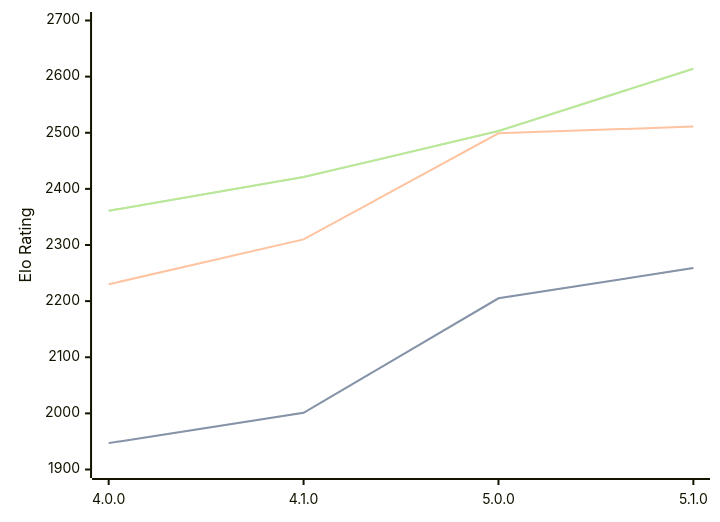
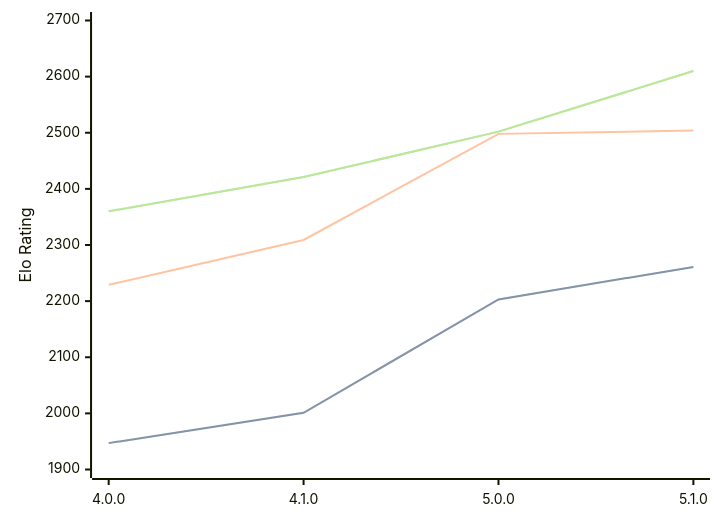
One commit to computer-chess-index/cci changed the diagram in engines/Aconcagua.md. Above: the diagram before and after it, drawn with Mermaid. The commit also changed other lines of this file, not shown here.

Commit message:
Update CCI Ratings (ELO VLTC) - 2026-03-08

````diff
--- a/engines/Aconcagua.md
+++ b/engines/Aconcagua.md
@@ -41,11 +41,11 @@
 ```mermaid
 %%{init: {"theme":"base","themeVariables":{"seriesColors:['#a3a3a3','#222221','#faa371']}}}%%
 xychart-beta
   x-axis ["4.0.0", "4.1.0", "5.0.0", "5.1.0"]
   y-axis "Elo Rating" 1900 --> 2700
-  line "STC (8.0+0.08s)" [1947, 2001, 2205, 2259]
-  line "STC (8.0+0.08s)" [1947, 2001, 2205, 2259]
-  line "LTC (60.0+0.60s)" [2230, 2310, 2499, 2511]
-  line "VLTC (2m24s+1.12s)" [2361, 2421, 2503, 2614]
-  line "VLTC (2m24s+1.12s)" [2361, 2421, 2503, 2614]
+  line "STC (8.0+0.08s)" [1947, 2001, 2203, 2261]
+  line "STC (8.0+0.08s)" [1947, 2001, 2203, 2261]
+  line "LTC (60.0+0.60s)" [2229, 2309, 2498, 2504]
+  line "VLTC (2m24s+1.12s)" [2360, 2421, 2502, 2610]
+  line "VLTC (2m24s+1.12s)" [2360, 2421, 2502, 2610]
 ```
````
